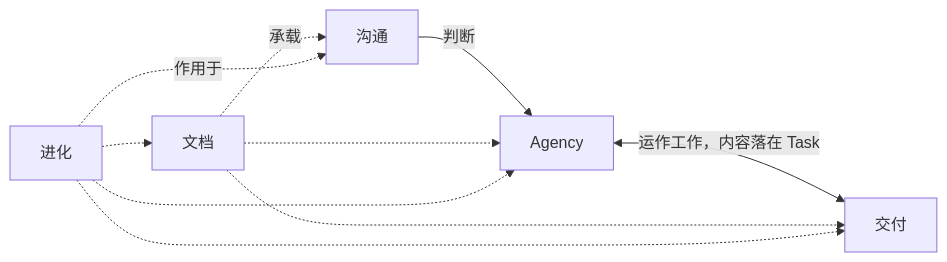
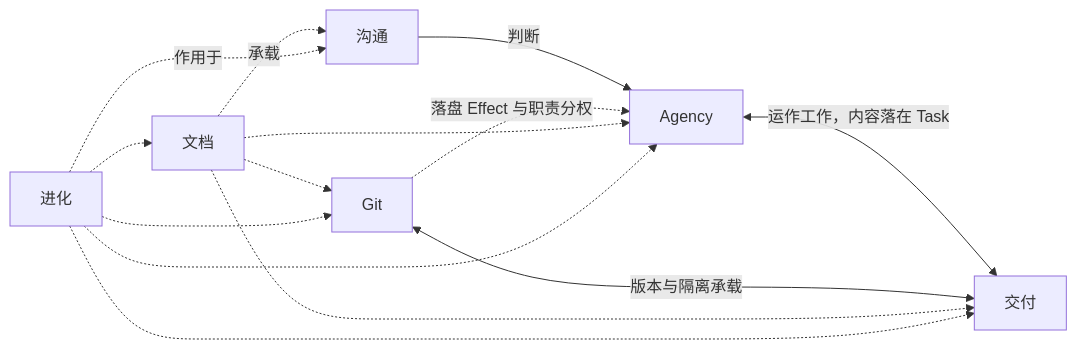
Before and after one commit to sayoriqwq/sayori.chr: the diagram in theory/index.md, drawn with Mermaid. The commit also changed other lines of this file and 34 other files, not shown here.

````diff
--- a/theory/index.md
+++ b/theory/index.md
@@ -44,12 +47,16 @@
 ```mermaid
 flowchart LR
     C["沟通"] -->|判断| A["Agency"]
     A <-->|运作工作，内容落在 Task| D["交付"]
+    G["Git"] <-->|版本与隔离承载| D
+    G -.->|落盘 Effect 与职责分权| A
     Doc["文档"] -.->|承载| C
     Doc -.-> A
     Doc -.-> D
+    Doc -.-> G
     E["进化"] -.->|作用于| C
     E -.-> A
     E -.-> D
     E -.-> Doc
+    E -.-> G
 ```
````
